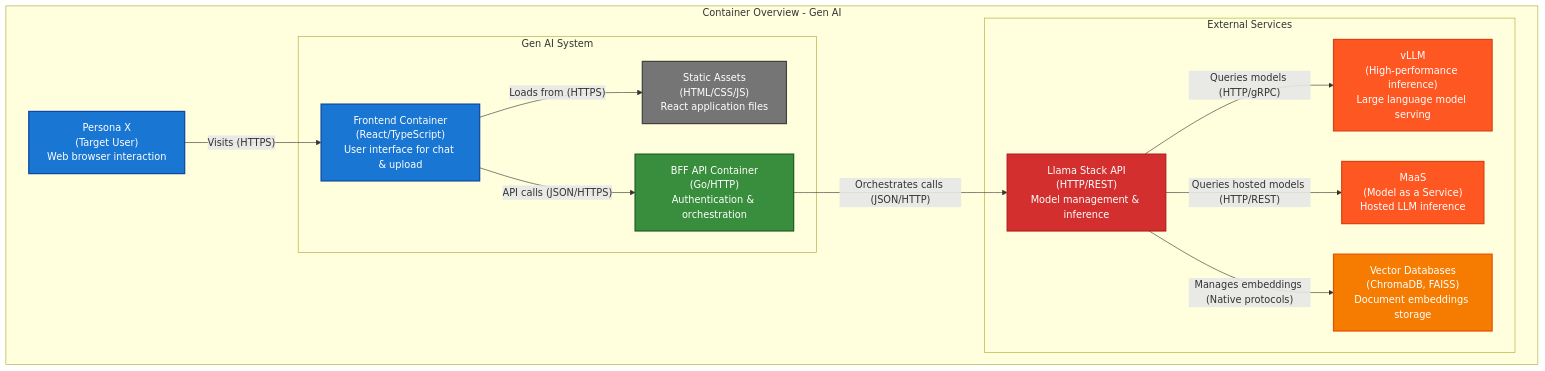
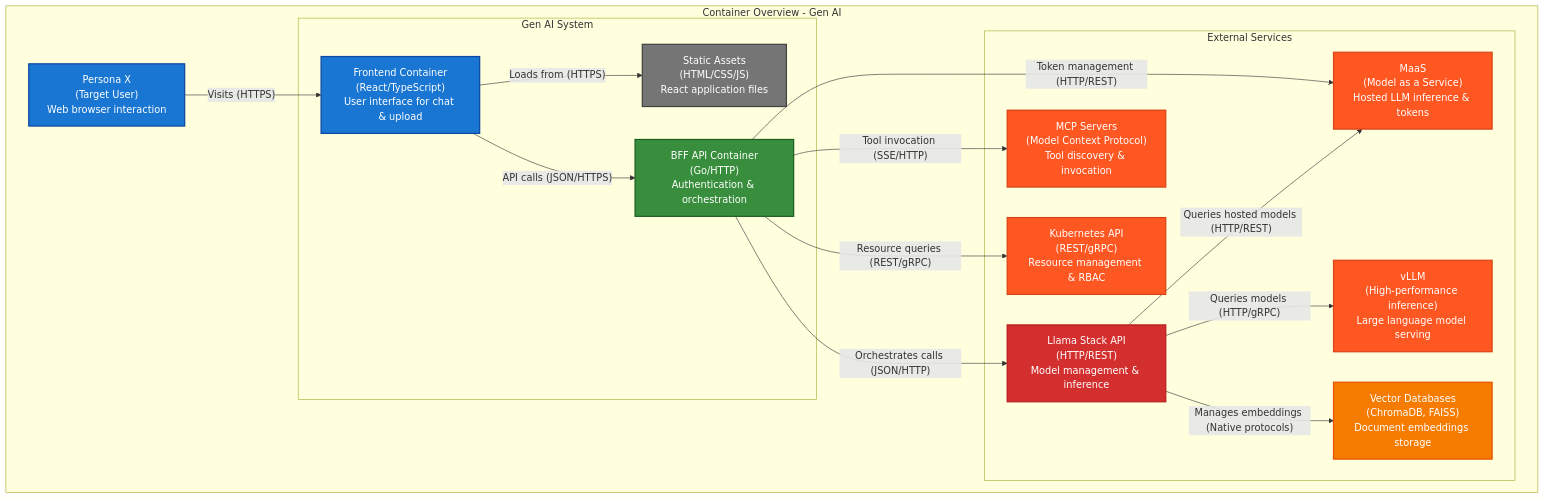
The second of 5 diagrams in packages/gen-ai/docs/adr/0002-system-architecture.md (opendatahub-io/odh-dashboard), drawn with Mermaid before and after one commit. The commit also changed other lines of this file and 11 other files, not shown here.

First line of the commit message:
docs: Update and expand BFF Architecture Decision Records

````diff
--- a/packages/gen-ai/docs/adr/0002-system-architecture.md
+++ b/packages/gen-ai/docs/adr/0002-system-architecture.md
@@ -144,43 +149,49 @@
 ```mermaid
 graph TB
     subgraph SystemOverview["Container Overview - Gen AI"]
         User["Persona X<br/>(Target User)<br/>Web browser interaction"]
         
         subgraph LlamaStackSystem["Gen AI System"]
             Frontend["Frontend Container<br/>(React/TypeScript)<br/>User interface for chat & upload"]
             BFF["BFF API Container<br/>(Go/HTTP)<br/>Authentication & orchestration"]
             StaticAssets["Static Assets<br/>(HTML/CSS/JS)<br/>React application files"]
         end
         
         subgraph ExternalServices["External Services"]
             LlamaStackAPI["Llama Stack API<br/>(HTTP/REST)<br/>Model management & inference"]
             VLLM["vLLM<br/>(High-performance inference)<br/>Large language model serving"]
-            MaaS["MaaS<br/>(Model as a Service)<br/>Hosted LLM inference"]
+            MaaS["MaaS<br/>(Model as a Service)<br/>Hosted LLM inference & tokens"]
+            MCP["MCP Servers<br/>(Model Context Protocol)<br/>Tool discovery & invocation"]
+            K8sAPI["Kubernetes API<br/>(REST/gRPC)<br/>Resource management & RBAC"]
             VectorDB["Vector Databases<br/>(ChromaDB, FAISS)<br/>Document embeddings storage"]
         end
     end
     
     User -->|"Visits (HTTPS)"| Frontend
     Frontend -->|"Loads from (HTTPS)"| StaticAssets
     Frontend -->|"API calls (JSON/HTTPS)"| BFF
     BFF -->|"Orchestrates calls (JSON/HTTP)"| LlamaStackAPI
+    BFF -->|"Token management (HTTP/REST)"| MaaS
+    BFF -->|"Tool invocation (SSE/HTTP)"| MCP
+    BFF -->|"Resource queries (REST/gRPC)"| K8sAPI
     LlamaStackAPI -->|"Queries models (HTTP/gRPC)"| VLLM
     LlamaStackAPI -->|"Queries hosted models (HTTP/REST)"| MaaS
     LlamaStackAPI -->|"Manages embeddings (Native protocols)"| VectorDB
     
     classDef userStyle fill:#1976d2,stroke:#0d47a1,stroke-width:2px,color:#fff
     classDef frontendStyle fill:#1976d2,stroke:#0d47a1,stroke-width:2px,color:#fff
     classDef bffStyle fill:#388e3c,stroke:#1b5e20,stroke-width:2px,color:#fff
     classDef assetsStyle fill:#757575,stroke:#424242,stroke-width:2px,color:#fff
     classDef llamaStyle fill:#d32f2f,stroke:#b71c1c,stroke-width:2px,color:#fff
     classDef inferenceStyle fill:#ff5722,stroke:#d84315,stroke-width:2px,color:#fff
     classDef storageStyle fill:#f57c00,stroke:#e65100,stroke-width:2px,color:#fff
     
     class User userStyle
     class Frontend frontendStyle
     class BFF bffStyle
     class StaticAssets assetsStyle
     class LlamaStackAPI llamaStyle
     class VLLM,MaaS inferenceStyle
+    class MCP,K8sAPI inferenceStyle
     class VectorDB storageStyle
 ```
````
